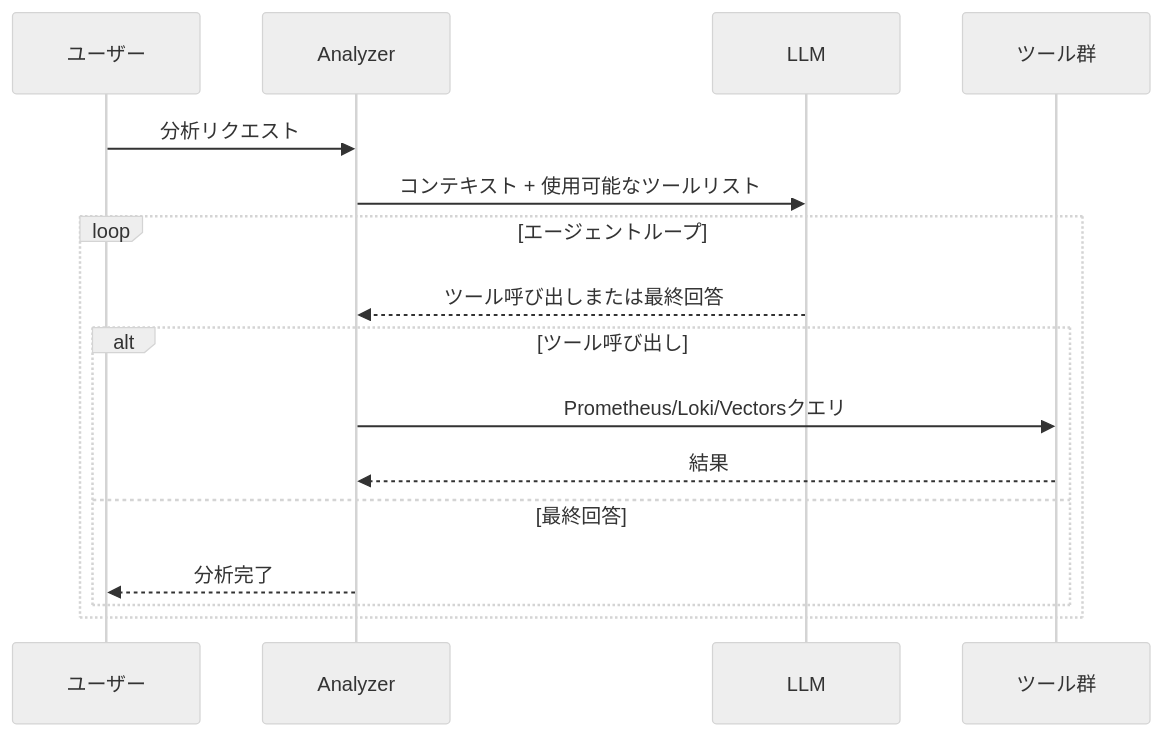
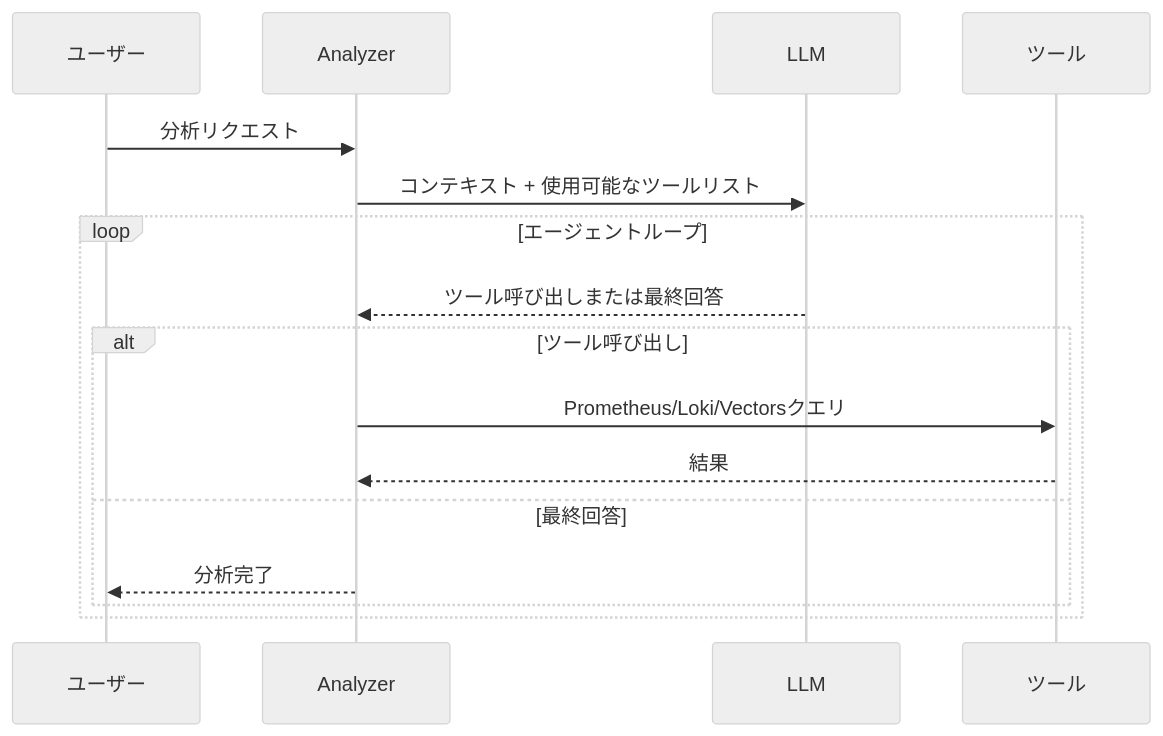
Before and after one commit to mandacode-labs/mandacode-devs: the diagram in src/content/blog/ja/meerkat-deep-dive.md, drawn with Mermaid (neutral theme). The commit also changed other lines of this file and 30 other files, not shown here.

````diff
--- a/src/content/blog/ja/meerkat-deep-dive.md
+++ b/src/content/blog/ja/meerkat-deep-dive.md
@@ -93,21 +93,21 @@
 ```mermaid
 sequenceDiagram
     participant User as ユーザー
     participant Analyzer as Analyzer
     participant LLM as LLM
-    participant Tools as ツール群
+    participant Tools as ツール
 
     User->>Analyzer: 分析リクエスト
     Analyzer->>LLM: コンテキスト + 使用可能なツールリスト
 
     loop エージェントループ
         LLM-->>Analyzer: ツール呼び出しまたは最終回答
 
         alt ツール呼び出し
             Analyzer->>Tools: Prometheus/Loki/Vectorsクエリ
             Tools-->>Analyzer: 結果
         else 最終回答
             Analyzer-->>User: 分析完了
         end
     end
 ```
````
